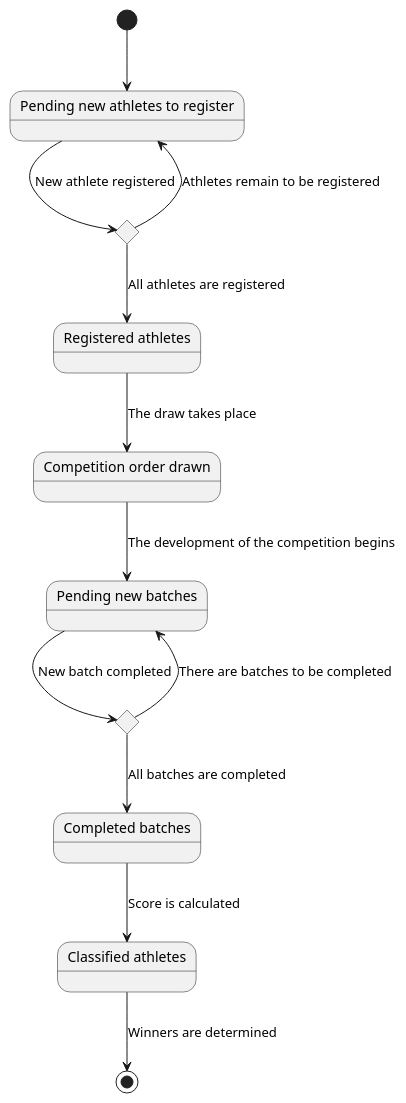
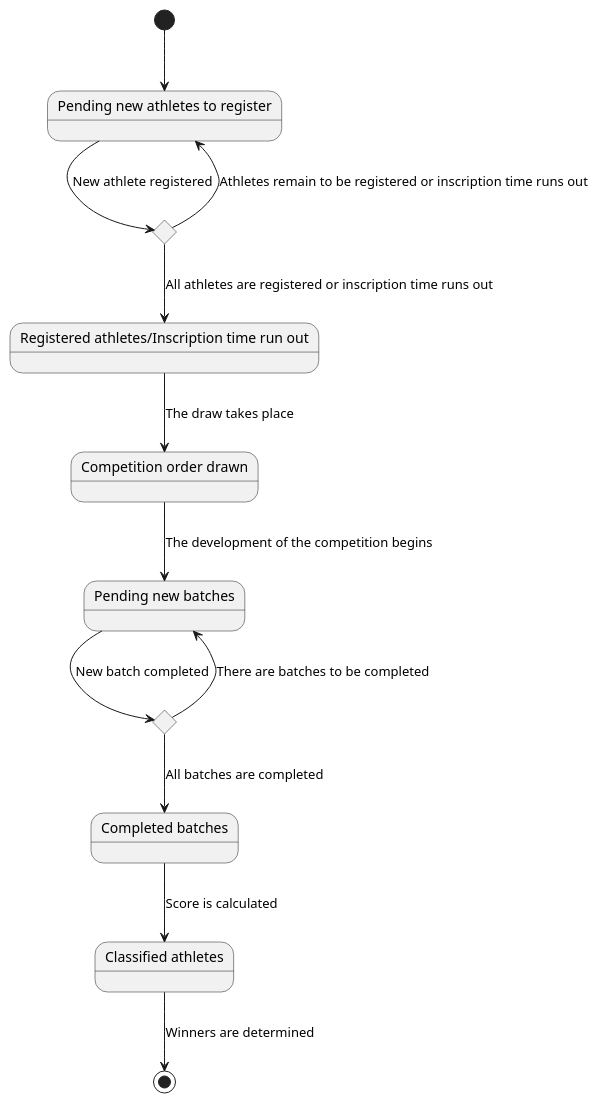
One commit to zuldare/mastercloud_pfm_halterocms changed the diagram in diagrams/modelDomain/competitionStates.puml. Above: the diagram before and after it, drawn with PlantUML. The commit also changed 2 other files, not shown here.

```diff
--- a/diagrams/modelDomain/competitionStates.puml
+++ b/diagrams/modelDomain/competitionStates.puml
@@ -1,26 +1,26 @@
 @startuml
 state "Pending new athletes to register" as PendingAthletesToRegister
 state "More athletes to register pending?" as MoreAthletesToRegister <<choice>>
-state "Registered athletes" as RegisteredAthletes
+state "Registered athletes/Inscription time run out" as RegisteredAthletes
 state "Competition order drawn" as CompetitionOrderDrawn
 state "Pending new batches" as PendingNewBatch
 state "More batches pending?" as MoreBatches <<choice>>
 state "Completed batches" as CompletedBatches
 state "Classified athletes" as ClassifiedAthletes
 
 
 [*] --> PendingAthletesToRegister
 PendingAthletesToRegister --> MoreAthletesToRegister : New athlete registered
-MoreAthletesToRegister --> PendingAthletesToRegister : Athletes remain to be registered
-MoreAthletesToRegister --> RegisteredAthletes : All athletes are registered
+MoreAthletesToRegister --> PendingAthletesToRegister : Athletes remain to be registered or inscription time runs out
+MoreAthletesToRegister --> RegisteredAthletes : All athletes are registered or inscription time runs out
 RegisteredAthletes --> CompetitionOrderDrawn : The draw takes place
 CompetitionOrderDrawn --> PendingNewBatch : The development of the competition begins
 
 PendingNewBatch --> MoreBatches : New batch completed
 
 MoreBatches --> PendingNewBatch : There are batches to be completed
 MoreBatches --> CompletedBatches : All batches are completed
 
 CompletedBatches --> ClassifiedAthletes : Score is calculated
 ClassifiedAthletes --> [*] : Winners are determined
 @enduml
```
